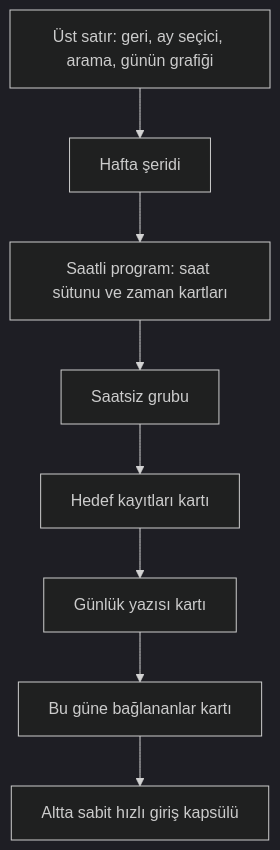
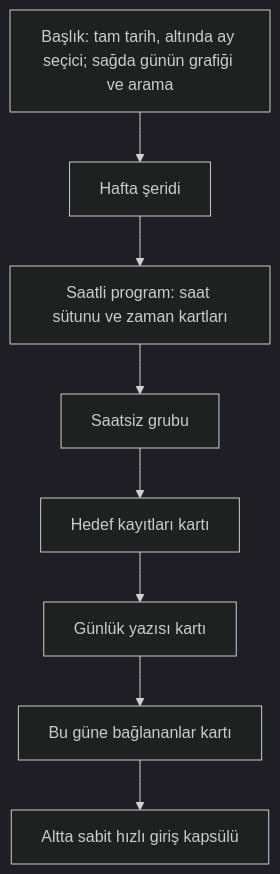
One commit to dogancanyildiz/kenet changed the seventh of 19 diagrams in docs/screens.md. Above: the diagram before and after it, drawn with Mermaid (dark theme). The commit also changed other lines of this file and 9 other files, not shown here.

````diff
--- a/docs/screens.md
+++ b/docs/screens.md
@@ -509,10 +509,10 @@
 ```mermaid
 flowchart TD
-    A[Üst satır: geri, ay seçici, arama, günün grafiği] --> B[Hafta şeridi]
+    A[Başlık: tam tarih, altında ay seçici; sağda günün grafiği ve arama] --> B[Hafta şeridi]
     B --> C[Saatli program: saat sütunu ve zaman kartları]
     C --> D[Saatsiz grubu]
     D --> E[Hedef kayıtları kartı]
     E --> F[Günlük yazısı kartı]
     F --> G[Bu güne bağlananlar kartı]
     G --> H[Altta sabit hızlı giriş kapsülü]
 ```
````
